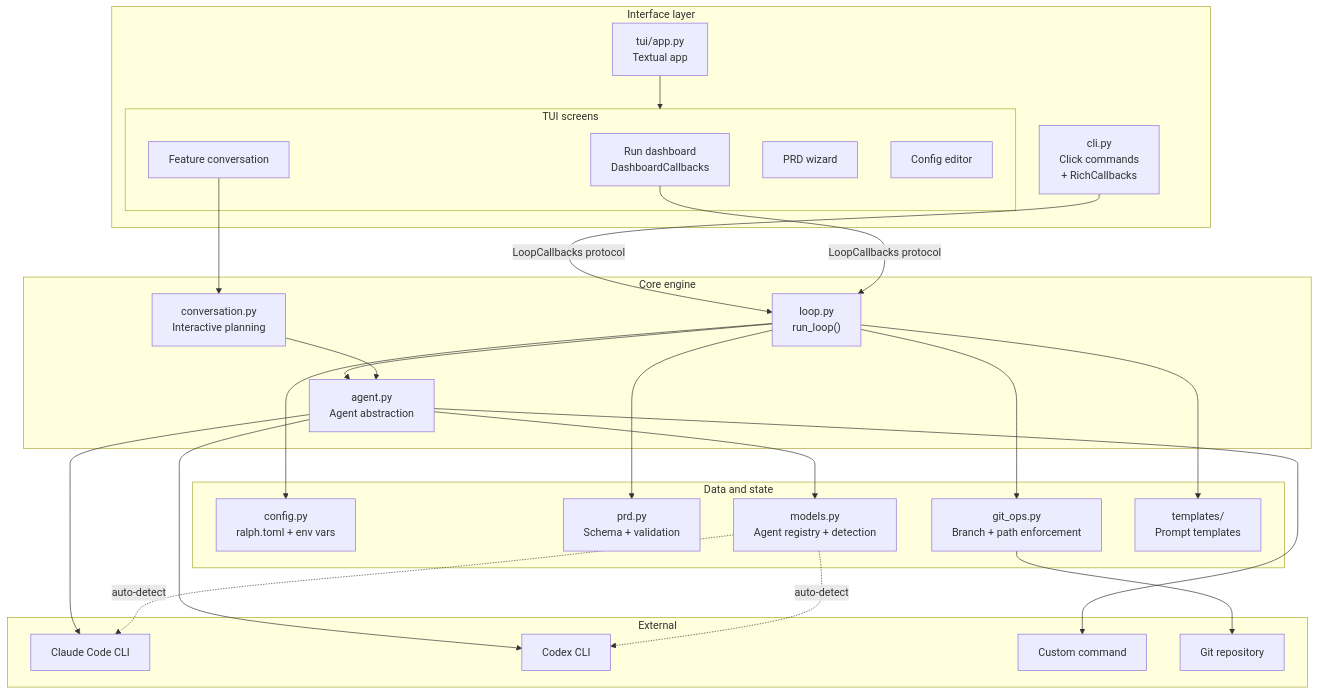
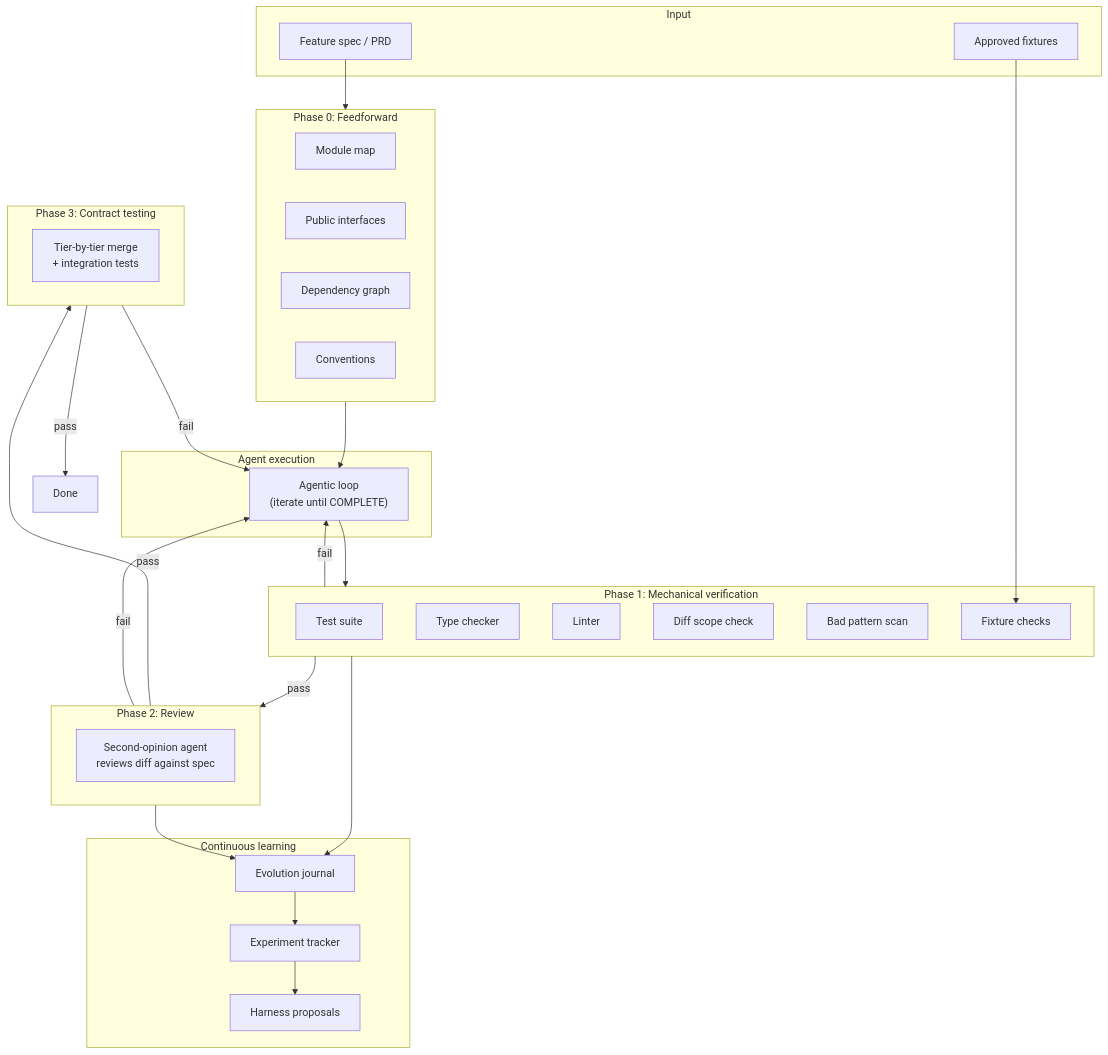
The diagram in README.md (0xfauzi/kstrl), drawn with Mermaid before and after one commit. The commit also changed other lines of this file and 15 other files, not shown here.

First line of the commit message:
feat: harness engineering - feedforward controls, structured sensors, continuous learning, and approved fixtures

````diff
--- a/README.md
+++ b/README.md
@@ -216,57 +287,56 @@
 ```mermaid
 flowchart TB
-    subgraph Interface["Interface layer"]
-        CLI["cli.py\nClick commands\n+ RichCallbacks"]
-        TUI["tui/app.py\nTextual app"]
-        subgraph TUI_Screens["TUI screens"]
-            Dashboard["Run dashboard\nDashboardCallbacks"]
-            FeatureConv["Feature conversation"]
-            PRDWiz["PRD wizard"]
-            ConfigScr["Config editor"]
-        end
-        TUI --> TUI_Screens
+    subgraph Input
+        Spec["Feature spec / PRD"]
+        Fixtures["Approved fixtures"]
     end
 
-    subgraph Core["Core engine"]
-        Loop["loop.py\nrun_loop()"]
-        Agent["agent.py\nAgent abstraction"]
-        Conv["conversation.py\nInteractive planning"]
+    subgraph Phase0["Phase 0: Feedforward"]
+        ModMap["Module map"]
+        Interfaces["Public interfaces"]
+        DepGraph["Dependency graph"]
+        Conventions["Conventions"]
     end
 
-    subgraph Data["Data and state"]
-        Config["config.py\nralph.toml + env vars"]
-        PRD["prd.py\nSchema + validation"]
-        Git["git_ops.py\nBranch + path enforcement"]
-        Models["models.py\nAgent registry + detection"]
-        Templates["templates/\nPrompt templates"]
+    subgraph Execution["Agent execution"]
+        Loop["Agentic loop\n(iterate until COMPLETE)"]
     end
 
-    subgraph External["External"]
-        Claude["Claude Code CLI"]
-        Codex["Codex CLI"]
-        Custom["Custom command"]
-        Repo["Git repository"]
+    subgraph Phase1["Phase 1: Mechanical verification"]
+        Tests["Test suite"]
+        Types["Type checker"]
+        Lint["Linter"]
+        Scope["Diff scope check"]
+        Patterns["Bad pattern scan"]
+        FixtureCheck["Fixture checks"]
     end
 
-    CLI -->|LoopCallbacks protocol| Loop
-    Dashboard -->|LoopCallbacks protocol| Loop
+    subgraph Phase2["Phase 2: Review"]
+        Review["Second-opinion agent\nreviews diff against spec"]
+    end
 
-    Loop --> Agent
-    Loop --> PRD
-    Loop --> Git
-    Loop --> Config
-    Loop --> Templates
+    subgraph Phase3["Phase 3: Contract testing"]
+        Contract["Tier-by-tier merge\n+ integration tests"]
+    end
 
-    FeatureConv --> Conv
-    Conv --> Agent
+    subgraph Learning["Continuous learning"]
+        Journal["Evolution journal"]
+        Experiments["Experiment tracker"]
+        Proposals["Harness proposals"]
+    end
 
-    Agent --> Models
-    Agent --> Claude
-    Agent --> Codex
-    Agent --> Custom
-
-    Git --> Repo
-
-    Models -.->|auto-detect| Claude
-    Models -.->|auto-detect| Codex
+    Spec --> Phase0
+    Fixtures --> FixtureCheck
+    Phase0 --> Loop
+    Loop --> Phase1
+    Phase1 -->|pass| Phase2
+    Phase1 -->|fail| Loop
+    Phase2 -->|pass| Phase3
+    Phase2 -->|fail| Loop
+    Phase3 -->|pass| Done["Done"]
+    Phase3 -->|fail| Loop
+    Phase1 --> Journal
+    Phase2 --> Journal
+    Journal --> Experiments
+    Experiments --> Proposals
 ```
````
